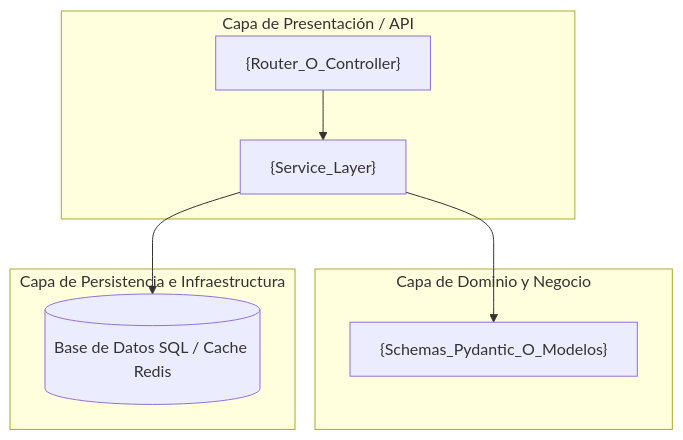
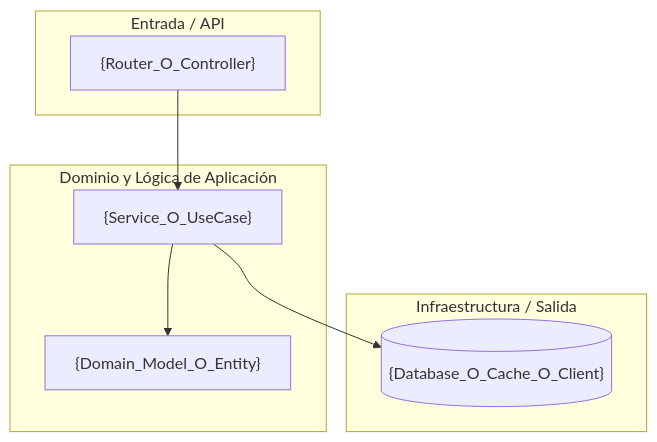
The first of 2 diagrams in .github/skills/sdlc-automation/templates/diseño.md (statico-statico/test_skill_to_auto_sdlc), drawn with Mermaid before and after one commit. The commit also changed other lines of this file and 10 other files, not shown here.

````diff
--- a/.github/skills/sdlc-automation/templates/diseño.md
+++ b/.github/skills/sdlc-automation/templates/diseño.md
@@ -30,14 +15,14 @@
 ```mermaid
 graph TD
-    subgraph "Capa de Presentación / API"
-        R["{Router_O_Controller}"] --> S["{Service_Layer}"]
+    %% Insertar arquitectura (Hexagonal para Java / Modular para Python)
+    subgraph "Entrada / API"
+        API["{Router_O_Controller}"]
     end
-
-    subgraph "Capa de Dominio y Negocio"
-        S --> M["{Schemas_Pydantic_O_Modelos}"]
+    subgraph "Dominio y Lógica de Aplicación"
+        API --> SVC["{Service_O_UseCase}"]
+        SVC --> DOM["{Domain_Model_O_Entity}"]
     end
-
-    subgraph "Capa de Persistencia e Infraestructura"
-        S --> DB[("Base de Datos SQL / Cache Redis")]
+    subgraph "Infraestructura / Salida"
+        SVC --> EXT[("{Database_O_Cache_O_Client}")]
     end
 ```
````
